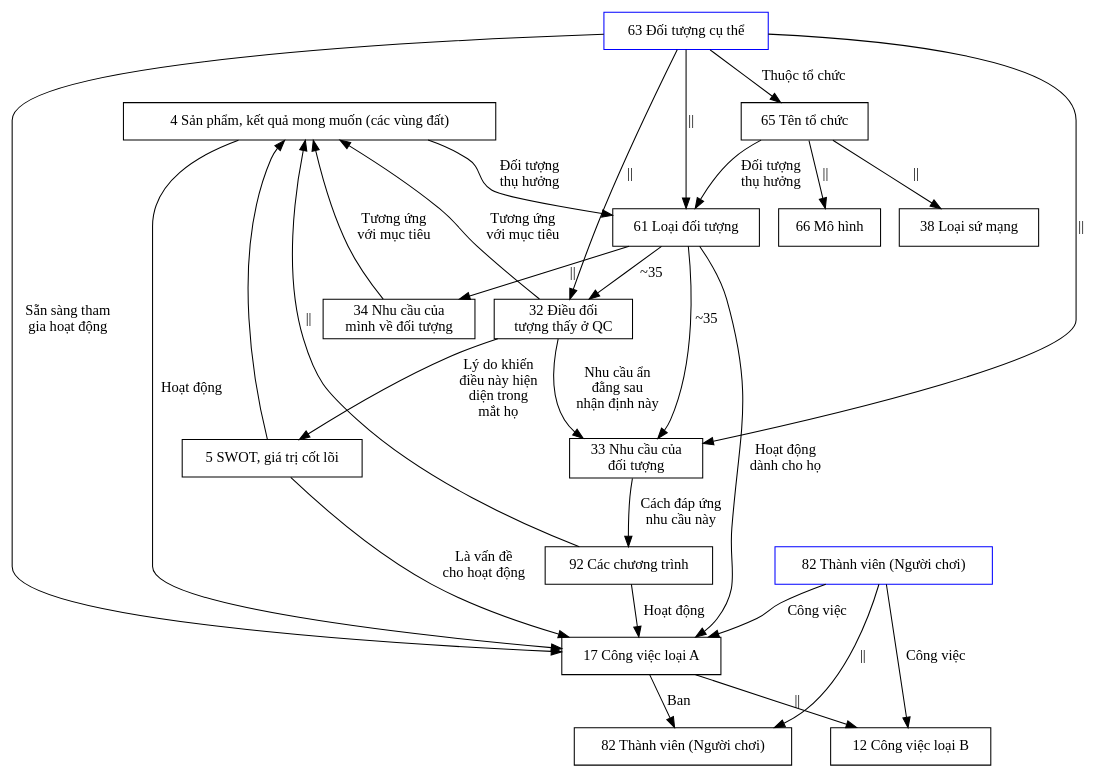
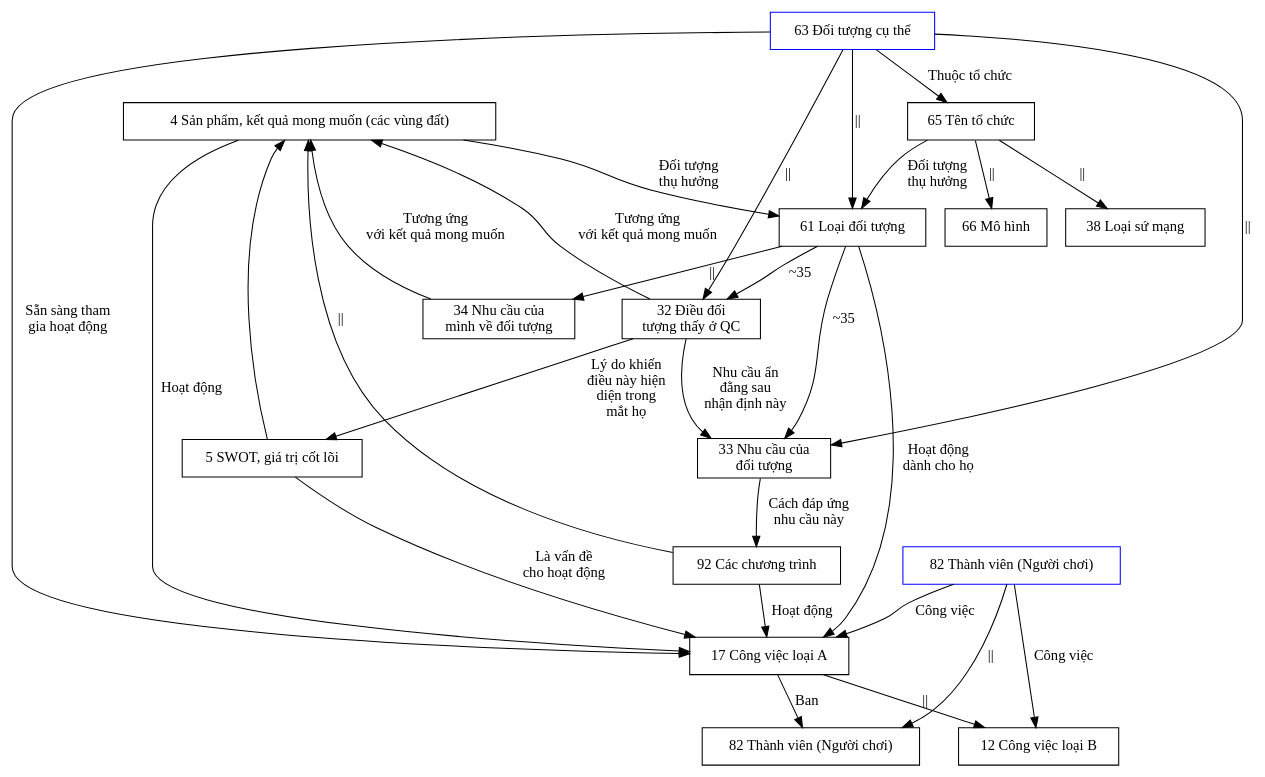
Before and after one commit to QuaCau-TheSphere/LandofSpheres: the first of 2 diagrams in 9 Tài liệu khác/91 Phần mềm/912 Theo tính năng/Cấp độ vault/Lược đồ dữ liệu.md, drawn with Graphviz. The commit also changed other lines of this file and 481 other files, not shown here.

Commit message:
Đổi 'Mục tiêu::' sang 'Kết quả mong muốn::'. Đổi 'Yếu tố hỗ trợ::' sang 'Sản phẩm hỗ trợ::'

````diff
--- a/9 Tài liệu khác/91 Phần mềm/912 Theo tính năng/Cấp độ vault/Lược đồ dữ liệu.md
+++ b/9 Tài liệu khác/91 Phần mềm/912 Theo tính năng/Cấp độ vault/Lược đồ dữ liệu.md
@@ -5,55 +5,55 @@
 ```dot
 digraph {
 overlap = scale
 //overlap = false;
 splines = true
 
 node [shape=round] 
 2 [label="4 Sản phẩm, kết quả mong muốn (các vùng đất)"] 
 4 [label="5 SWOT, giá trị cốt lõi"] 
 
 11 [label="17 Công việc loại A"] 
 12 [label="12 Công việc loại B"] 
 
 31 [label="61 Loại đối tượng"] 
 32 [label="32 Điều đối\ntượng thấy ở QC"] 
 33 [label="33 Nhu cầu của\nđối tượng"] 
 34 [label="34 Nhu cầu của\nmình về đối tượng"] 
 35 [label="63 Đối tượng cụ thể" color=blue] 
 36 [label="65 Tên tổ chức"] 
 37 [label="66 Mô hình"] 
 38 [label="38 Loại sứ mạng"] 
 
 61 [label="82 Thành viên (Người chơi)"] 
 62 [label="82 Thành viên (Người chơi)" color=blue] 
 
 92 [label="92 Các chương trình"]
 
 35 -> {31,32, 33} [label="||" ]
 31 -> {32} [label="~35"] 
 31 -> 33 [label="~35"] 
 31 -> 34 [label="||"] 
 32 -> 4 [label="Lý do khiến\nđiều này hiện\ndiện trong\nmắt họ"] 
 32 -> 33 [label="Nhu cầu ẩn\nđằng sau\nnhận định này"] 
-{34, 32} -> 2 [label="Tương ứng\nvới mục tiêu" ] 
+{34, 32} -> 2 [label="Tương ứng\nvới kết quả mong muốn" ] 
 35 -> 36 [label="Thuộc tổ chức"]
 36 -> {37, 38} [label="||"]
 36 -> 31 [label="Đối tượng\nthụ hưởng"]
 33 -> 92 [label="Cách đáp ứng\nnhu cầu này"]
 92 -> 11 [label="Hoạt động"]
 
 35 -> 11 [label="Sẵn sàng tham\ngia hoạt động"]
 31 -> 11 [label="Hoạt động\ndành cho họ"]
 2 -> 11 [label="Hoạt động"] 
 2 -> 31 [label="Đối tượng\nthụ hưởng"]
 4 -> 11 [label="Là vấn đề\ncho hoạt động"]
 92 -> 2 [label="||"]
 4 -> 2
 
 11 -> 12 [label="||"]
 11 -> 61 [label="Ban"]
 
 62 -> {11, 12} [label="Công việc"]
 62 -> 61 [label="||"]
 }
 ```
````
